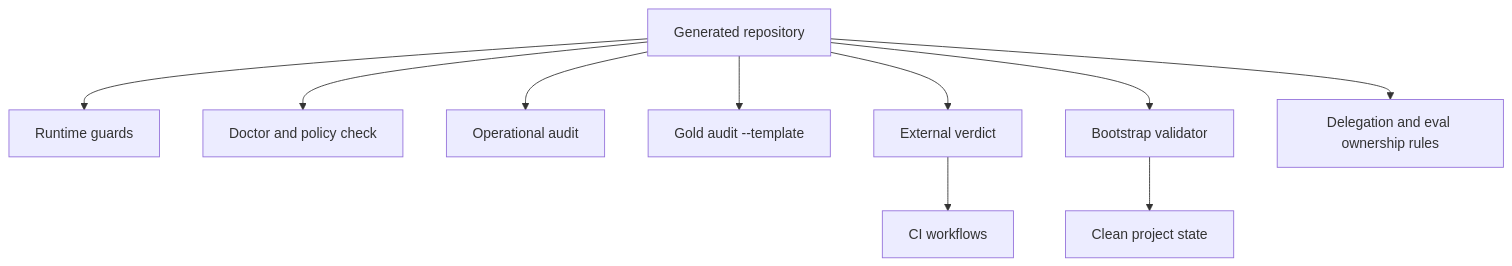
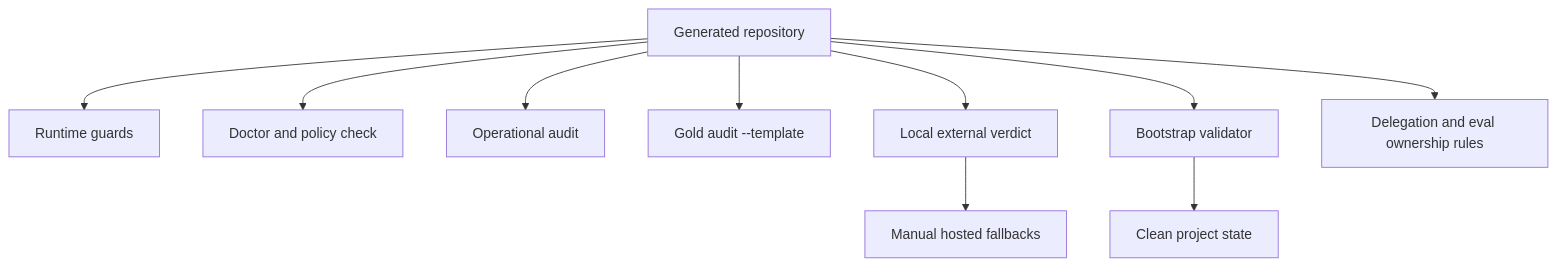
Before and after one commit to Caio-MOR/template-cockpitv2: the diagram in .specs/features/template-v2/design.md, drawn with Mermaid. The commit also changed other lines of this file and 19 other files, not shown here.

````diff
--- a/.specs/features/template-v2/design.md
+++ b/.specs/features/template-v2/design.md
@@ -10,12 +10,12 @@
 ```mermaid
 graph TD
     A[Generated repository] --> B[Runtime guards]
     A --> C[Doctor and policy check]
     A --> D[Operational audit]
     A --> J[Gold audit --template]
-    A --> E[External verdict]
-    E --> F[CI workflows]
+    A --> E[Local external verdict]
+    E --> F[Manual hosted fallbacks]
     A --> G[Bootstrap validator]
     G --> H[Clean project state]
     A --> I[Delegation and eval ownership rules]
 ```
````
